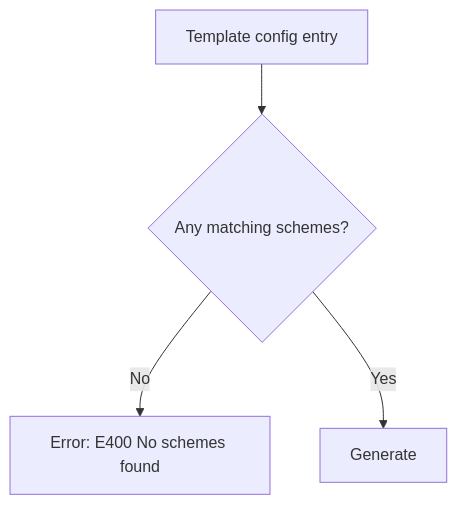
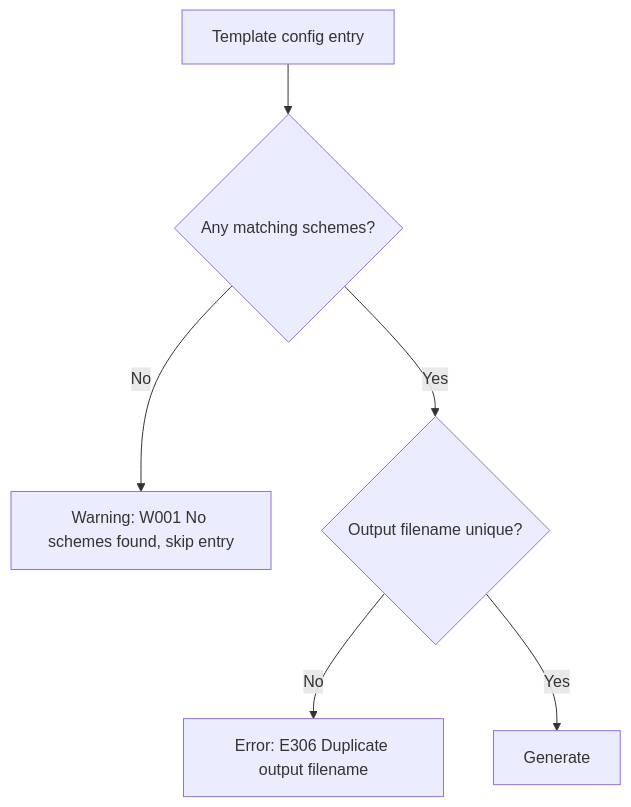
One commit to tinted-theming/home changed the fourth of 4 diagrams in specs/tinted8/builder.md. Above: the diagram before and after it, drawn with Mermaid. The commit also changed other lines of this file and 1 other file, not shown here.

````diff
--- a/specs/tinted8/builder.md
+++ b/specs/tinted8/builder.md
@@ -532,6 +715,8 @@
 ```mermaid
 flowchart TD
   A[Template config entry] --> B{Any matching schemes?}
-  B --> |No| E[Error: E400 No schemes found]
-  B --> |Yes| F[Generate]
+  B --> |No| E[Warning: W001 No schemes found, skip entry]
+  B --> |Yes| F{Output filename unique?}
+  F --> |No| G[Error: E306 Duplicate output filename]
+  F --> |Yes| H[Generate]
 ```
````
